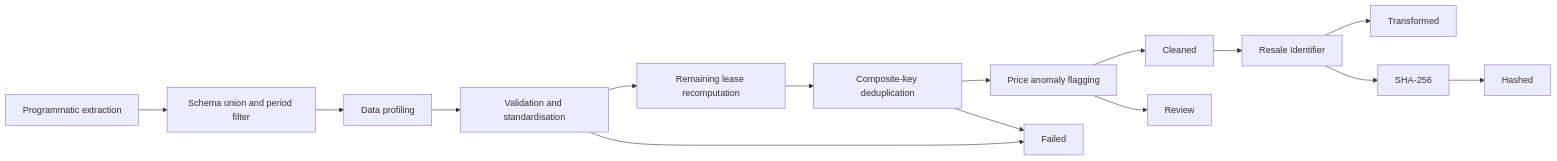
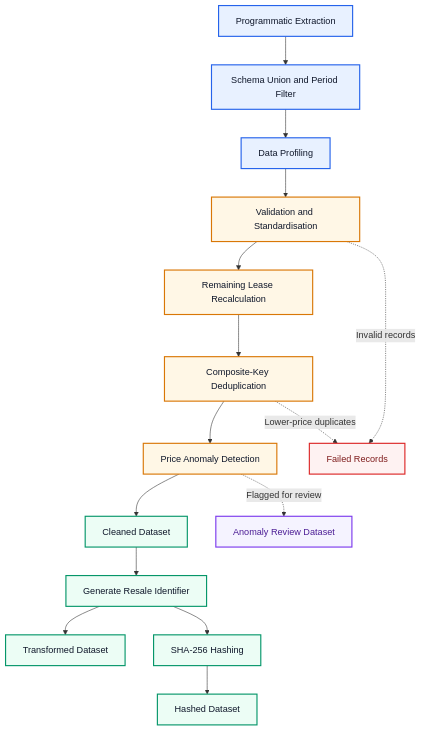
Before and after one commit to blaire101/HDB_SDE_Technical_Test_26: the diagram in README.md, drawn with Mermaid. The commit also changed other lines of this file, not shown here.

````diff
--- a/README.md
+++ b/README.md
@@ -10,17 +10,46 @@
 ```mermaid
-flowchart LR
-    B[Programmatic extraction] --> C[Schema union and period filter]
-    C --> D[Data profiling]
-    D --> E[Validation and standardisation]
-    E --> F[Remaining lease recomputation]
-    F --> G[Composite-key deduplication]
-    G --> H[Price anomaly flagging]
-    H --> I[Cleaned]
-    I --> J[Resale Identifier]
-    J --> K[Transformed]
-    J --> L[SHA-256]
-    L --> M[Hashed]
-    E --> N[Failed]
-    G --> N
-    H --> O[Review]
+flowchart TD
+    A[Programmatic Extraction]
+    B[Schema Union and Period Filter]
+    C[Data Profiling]
+    D[Validation and Standardisation]
+    E[Remaining Lease Recalculation]
+    F[Composite-Key Deduplication]
+    G[Price Anomaly Detection]
+    H[Cleaned Dataset]
+    I[Generate Resale Identifier]
+    J[Transformed Dataset]
+    K[SHA-256 Hashing]
+    L[Hashed Dataset]
+
+    X[Failed Records]
+    Y[Anomaly Review Dataset]
+
+    A --> B
+    B --> C
+    C --> D
+    D --> E
+    E --> F
+    F --> G
+    G --> H
+    H --> I
+    I --> J
+    I --> K
+    K --> L
+
+    D -. Invalid records .-> X
+    F -. Lower-price duplicates .-> X
+    G -. Flagged for review .-> Y
+
+    classDef extract fill:#E8F1FF,stroke:#2563EB,stroke-width:2px,color:#0F172A;
+    classDef quality fill:#FFF7E6,stroke:#D97706,stroke-width:2px,color:#0F172A;
+    classDef output fill:#ECFDF5,stroke:#059669,stroke-width:2px,color:#0F172A;
+    classDef failed fill:#FEF2F2,stroke:#DC2626,stroke-width:2px,color:#7F1D1D;
+    classDef review fill:#F5F3FF,stroke:#7C3AED,stroke-width:2px,color:#4C1D95;
+
+    class A,B,C extract;
+    class D,E,F,G quality;
+    class H,I,J,K,L output;
+    class X failed;
+    class Y review;
 ```
````
